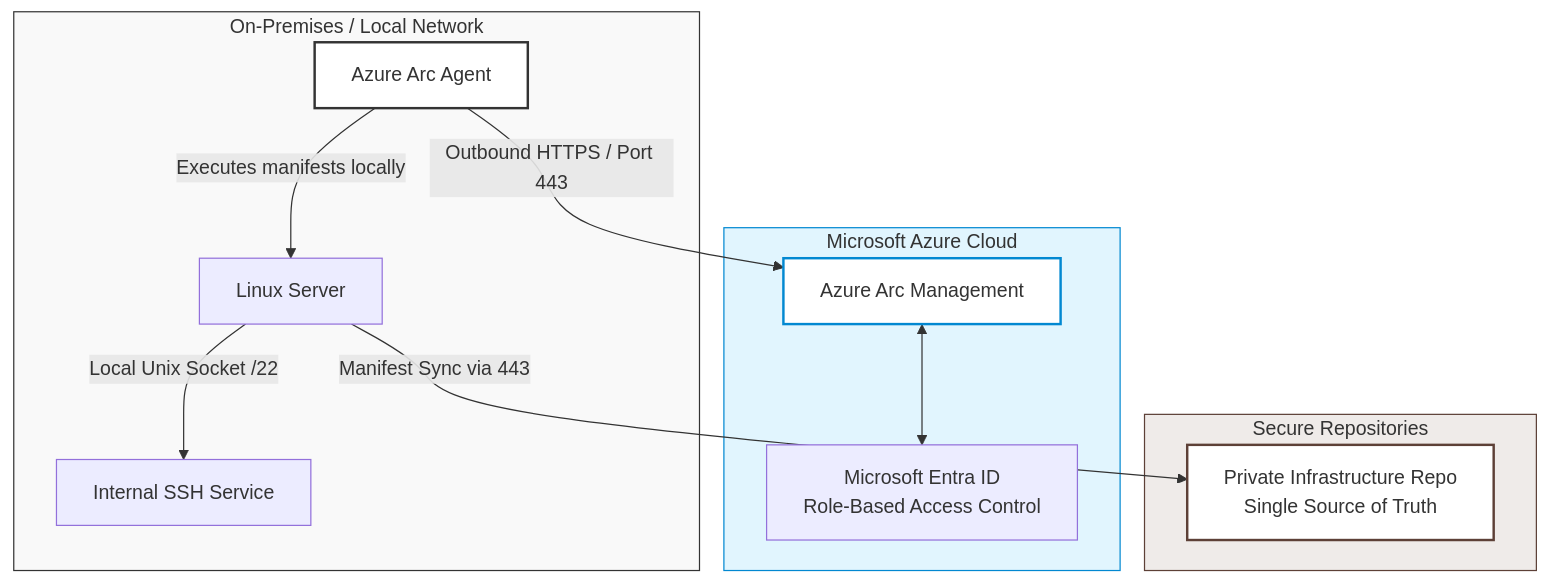
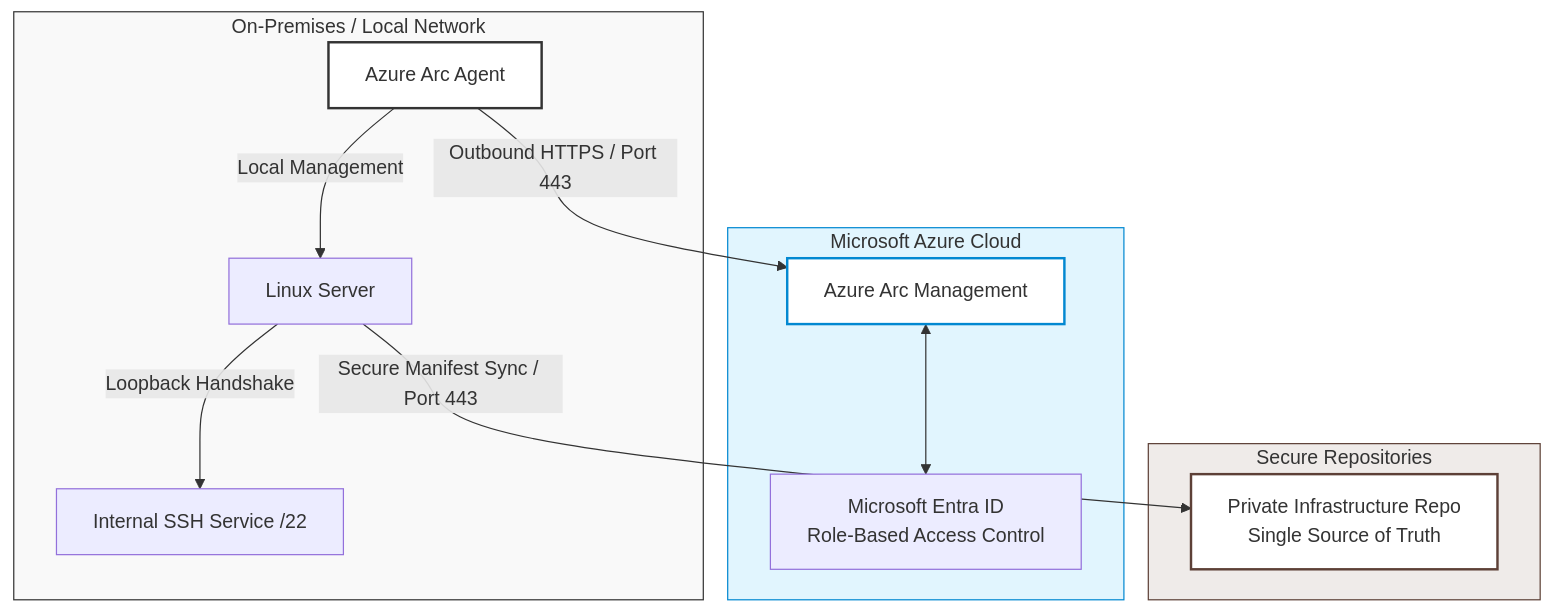
The diagram in README.md (infer-insights/oszacuj-llm-gitops-enterprise), drawn with Mermaid before and after one commit.

````diff
--- a/README.md
+++ b/README.md
@@ -20,27 +20,32 @@
 ```mermaid
 graph TD
-    subgraph ON_PREMISES_LOCAL_NETWORK [On-Premises / Local Network]
-        LS[Linux Server] -->|Local Unix Socket /22| SSH[Internal SSH Service]
-        AA[Azure Arc Agent] -->|Executes manifests locally| LS
+    subgraph ON_PREM [On-Premises / Local Network]
+        LS[Linux Server]
+        AA[Azure Arc Agent]
+        SSH[Internal SSH Service /22]
+        AA -->|Local Management| LS
+        LS -->|Loopback Handshake| SSH
     end
 
-    subgraph MICROSOFT_AZURE_CLOUD [Microsoft Azure Cloud]
-        AM[Azure Arc Management] <--> ME[Microsoft Entra ID <br> Role-Based Access Control]
+    subgraph AZURE [Microsoft Azure Cloud]
+        AM[Azure Arc Management]
+        ME[Microsoft Entra ID <br> Role-Based Access Control]
+        AM <--> ME
     end
 
-    subgraph SECURE_GIT_REPOSITORY [Secure Repositories]
+    subgraph REPOS [Secure Repositories]
         GR[Private Infrastructure Repo <br> Single Source of Truth]
     end
 
-    %% Outbound Connections
+    %% Outbound connections tracking over Port 443
     AA -->|Outbound HTTPS / Port 443| AM
-    LS -->|Manifest Sync via 443| GR
+    LS -->|Secure Manifest Sync / Port 443| GR
 
-    %% Styling
-    style ON_PREMISES_LOCAL_NETWORK fill:#f9f9f9,stroke:#333,stroke-width:1px
-    style MICROSOFT_AZURE_CLOUD fill:#e1f5fe,stroke:#0288d1,stroke-width:1px
-    style SECURE_GIT_REPOSITORY fill:#efebe9,stroke:#5d4037,stroke-width:1px
+    %% Corporate Enterprise Color Grading
+    style ON_PREM fill:#f9f9f9,stroke:#333,stroke-width:1px
+    style AZURE fill:#e1f5fe,stroke:#0288d1,stroke-width:1px
+    style REPOS fill:#efebe9,stroke:#5d4037,stroke-width:1px
     style AA fill:#fff,stroke:#333,stroke-width:2px
     style AM fill:#fff,stroke:#0288d1,stroke-width:2px
     style GR fill:#fff,stroke:#5d4037,stroke-width:2px
 ```
````
